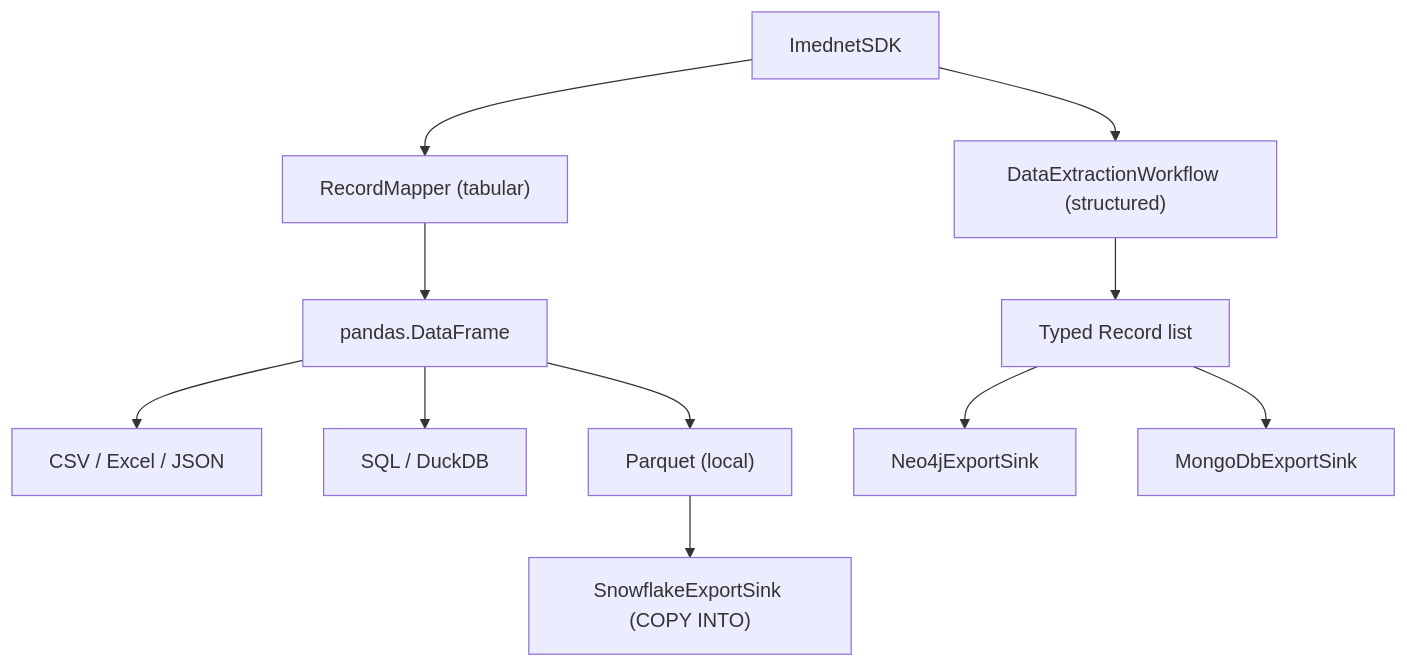
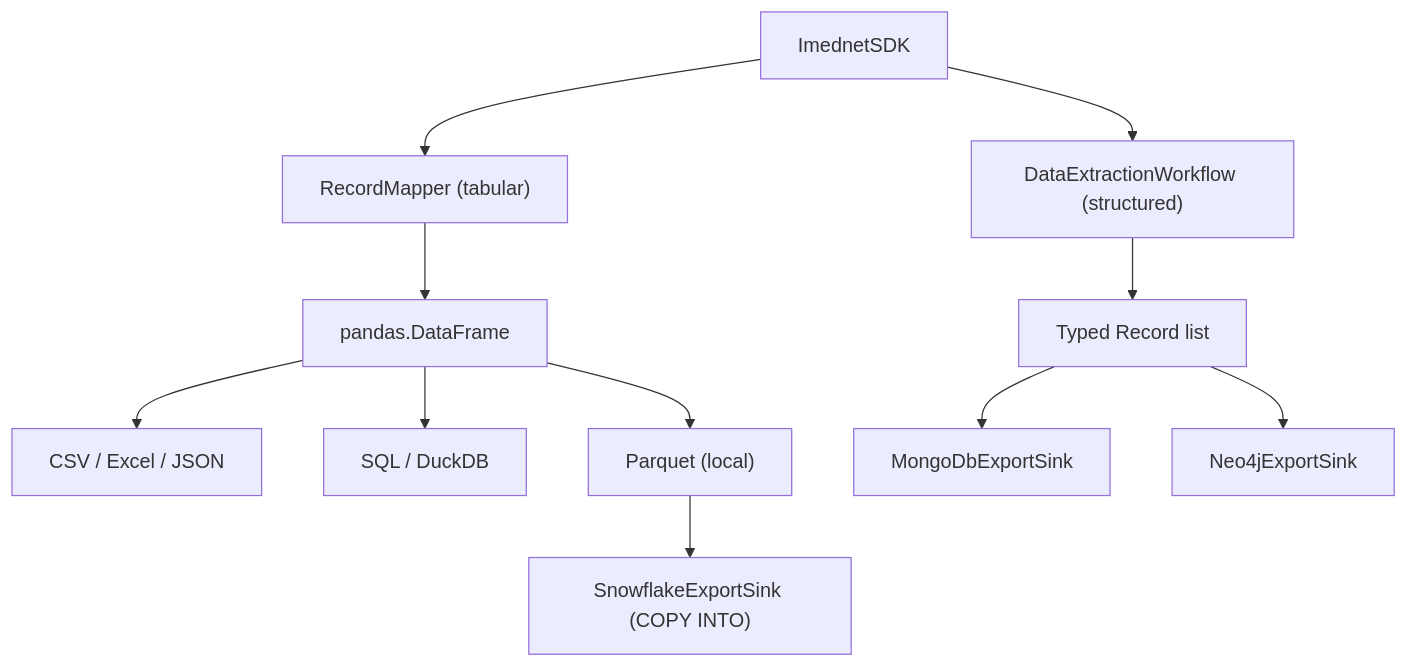
Before and after one commit to fderuiter/imednet-python-sdk: the fourth of 4 diagrams in docs/architecture.rst, drawn with Mermaid. The commit also changed other lines of this file and 11 other files, not shown here.

```diff
--- a/docs/architecture.rst
+++ b/docs/architecture.rst
@@ -228,16 +232,16 @@
 .. mermaid::
 
    graph TD
        SDK["ImednetSDK"] --> RM["RecordMapper (tabular)"]
        SDK --> DEW["DataExtractionWorkflow (structured)"]
 
        RM --> DF["pandas.DataFrame"]
        DF --> T1["CSV / Excel / JSON"]
        DF --> T2["SQL / DuckDB"]
        DF --> T3["Parquet (local)"]
 
        DEW --> REC["Typed Record list"]
+       REC --> D["MongoDbExportSink"]
        REC --> G["Neo4jExportSink"]
-       REC --> D["MongoDbExportSink"]
 
        T3 --> W["SnowflakeExportSink (COPY INTO)"]
```
